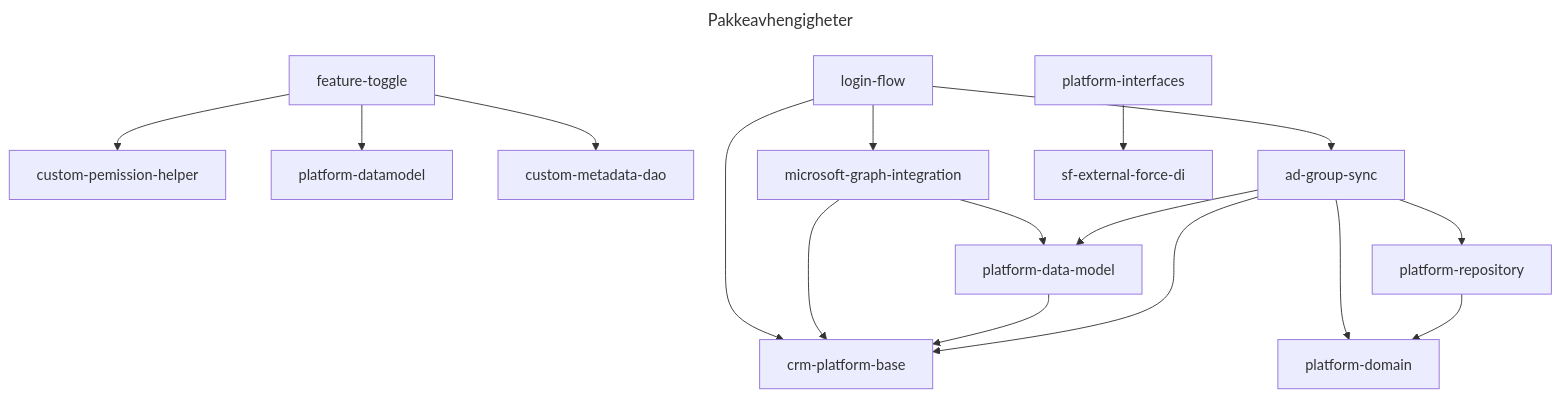
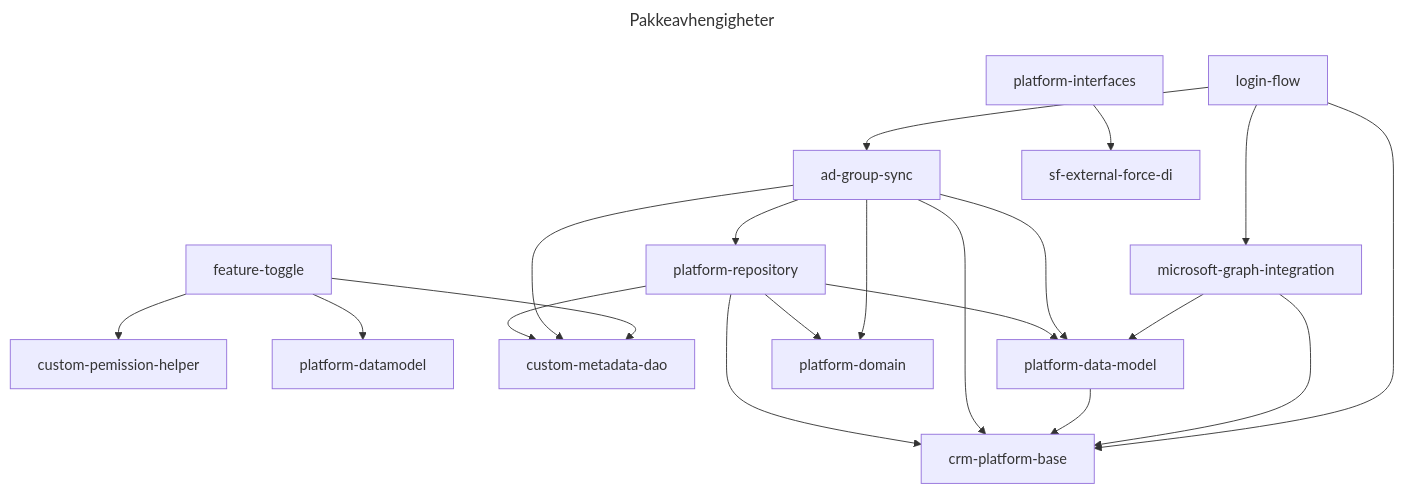
Before and after one commit to navikt/sf-platform: the diagram in README.md, drawn with Mermaid. The commit also changed 21 other files, not shown here.

Commit message:
Organize metadata in ad-group-sync and platform-data-model

````diff
--- a/README.md
+++ b/README.md
@@ -22,23 +22,27 @@
 ```mermaid
 ---
 title: Pakkeavhengigheter
 ---
 graph TD
     custom-pemission-helper
     feature-toggle --> platform-datamodel;
     feature-toggle --> custom-metadata-dao;
     feature-toggle --> custom-pemission-helper;
     login-flow
     login-flow --> ad-group-sync;
     login-flow --> microsoft-graph-integration;
     login-flow --> crm-platform-base;
     microsoft-graph-integration --> crm-platform-base;
     microsoft-graph-integration --> platform-data-model;
     platform-data-model --> crm-platform-base;
     ad-group-sync --> crm-platform-base;
+    ad-group-sync --> custom-metadata-dao;
     ad-group-sync --> platform-data-model;
     ad-group-sync --> platform-domain;
     ad-group-sync --> platform-repository;
+    platform-repository --> custom-metadata-dao;
+    platform-repository --> crm-platform-base;
+    platform-repository --> platform-data-model;
     platform-repository --> platform-domain;
     platform-interfaces --> sf-external-force-di
 ```
````
